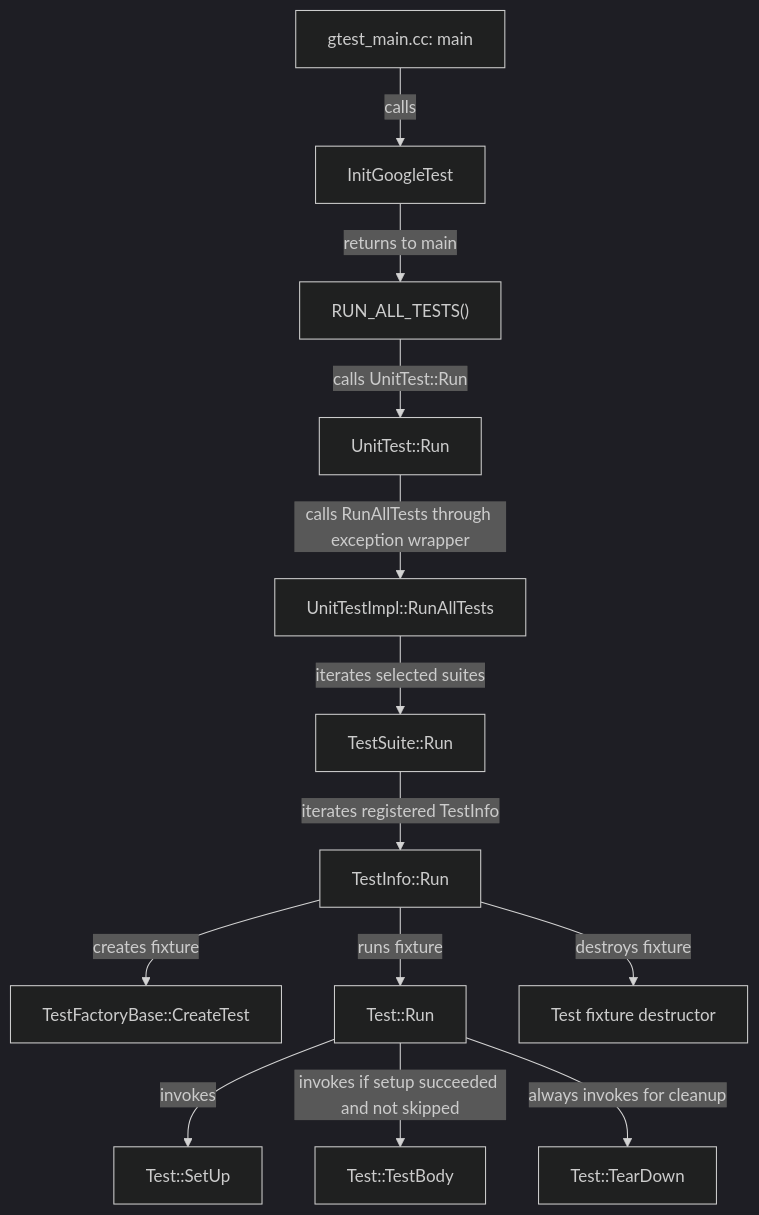
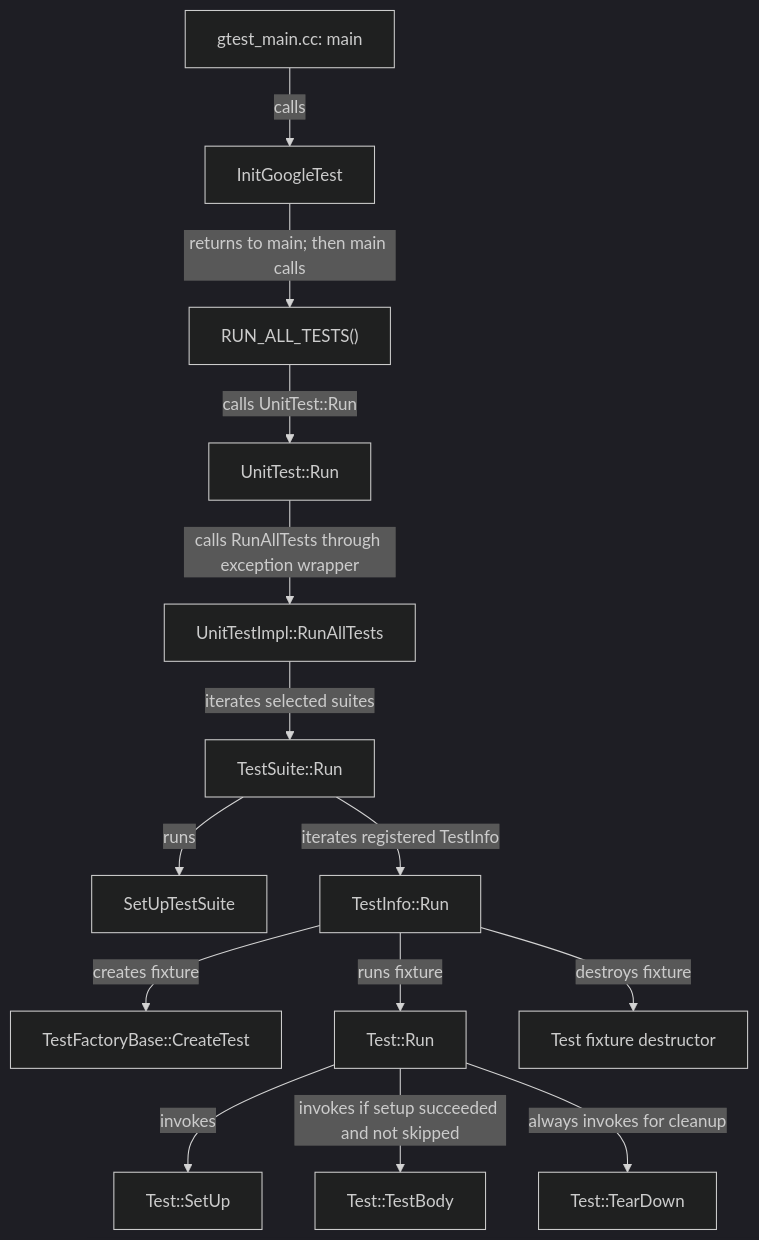
The second of 3 diagrams in docs/wiki/_plugin_v2_0_10_retest/03_test_execution_lifecycle.md (maxiaoxuxu/googletest), drawn with Mermaid (dark theme) before and after one commit. The commit also changed other lines of this file and 2 other files, not shown here.

Commit message:
Tighten lifecycle diagram-to-source relationship mapping

````diff
--- a/docs/wiki/_plugin_v2_0_10_retest/03_test_execution_lifecycle.md
+++ b/docs/wiki/_plugin_v2_0_10_retest/03_test_execution_lifecycle.md
@@ -75,28 +77,30 @@
 ```mermaid
 graph TD
     MAIN["gtest_main.cc: main"]
     INIT["InitGoogleTest"]
     MACRO["RUN_ALL_TESTS()"]
     UNIT["UnitTest::Run"]
     ALL["UnitTestImpl::RunAllTests"]
     SUITE["TestSuite::Run"]
+    SETUP_SUITE["SetUpTestSuite"]
     INFO["TestInfo::Run"]
     FACTORY["TestFactoryBase::CreateTest"]
     TEST["Test::Run"]
     SETUP["Test::SetUp"]
     BODY["Test::TestBody"]
     TEARDOWN["Test::TearDown"]
     DELETE["Test fixture destructor"]
     MAIN -->|calls| INIT
-    INIT -->|returns to main| MACRO
+    INIT -->|returns to main; then main calls| MACRO
     MACRO -->|calls UnitTest::Run| UNIT
     UNIT -->|calls RunAllTests through exception wrapper| ALL
     ALL -->|iterates selected suites| SUITE
+    SUITE -->|runs| SETUP_SUITE
     SUITE -->|iterates registered TestInfo| INFO
     INFO -->|creates fixture| FACTORY
     INFO -->|runs fixture| TEST
     TEST -->|invokes| SETUP
     TEST -->|invokes if setup succeeded and not skipped| BODY
     TEST -->|always invokes for cleanup| TEARDOWN
     INFO -->|destroys fixture| DELETE
 ```
````
